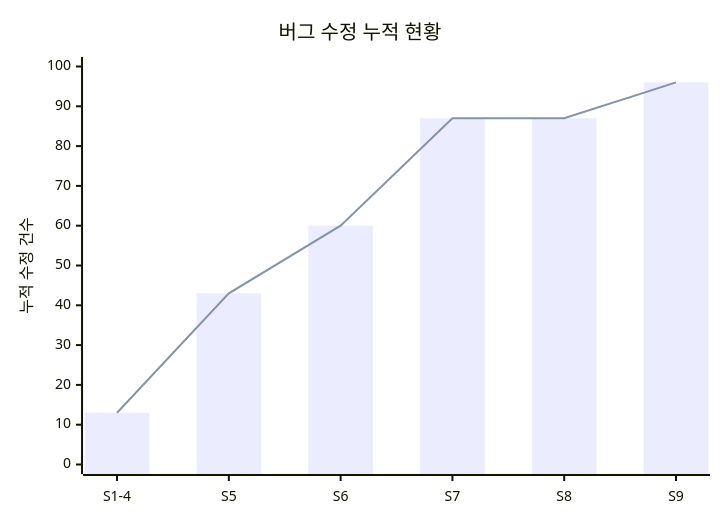
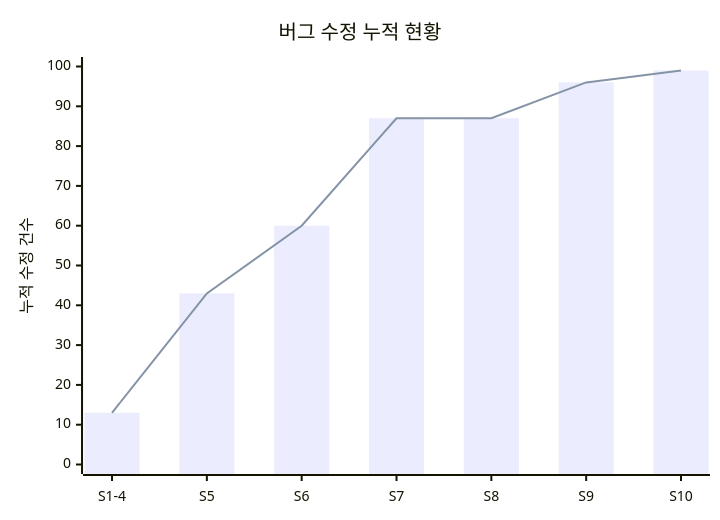
Before and after one commit to sun475300-sudo/Swarm-control-in-sc2bot: diagram 28 of 31 in README.md, drawn with Mermaid. The commit also changed other lines of this file, not shown here.

````diff
--- a/README.md
+++ b/README.md
@@ -812,8 +814,8 @@
 ```mermaid
 xychart-beta
     title "버그 수정 누적 현황"
-    x-axis ["S1-4", "S5", "S6", "S7", "S8", "S9"]
+    x-axis ["S1-4", "S5", "S6", "S7", "S8", "S9", "S10"]
     y-axis "누적 수정 건수" 0 --> 100
-    bar [13, 43, 60, 87, 87, 96]
-    line [13, 43, 60, 87, 87, 96]
+    bar [13, 43, 60, 87, 87, 96, 99]
+    line [13, 43, 60, 87, 87, 96, 99]
 ```
````
